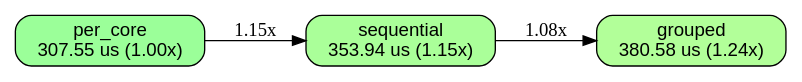
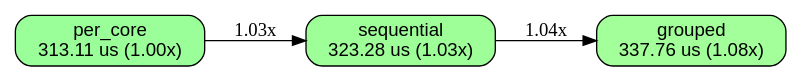
Before and after one commit to orgrinrt/hilavitkutin: the diagram in docs/BENCHES.accumulator_grouped.w1_g64_n65536.linux-x86_64-c4-container-intel.dot, drawn with Graphviz. The commit also changed 36 other files, not shown here.

```diff
--- a/docs/BENCHES.accumulator_grouped.w1_g64_n65536.linux-x86_64-c4-container-intel.dot
+++ b/docs/BENCHES.accumulator_grouped.w1_g64_n65536.linux-x86_64-c4-container-intel.dot
@@ -1,16 +1,16 @@
 // AUTO-GENERATED: DO NOT EDIT DIRECTLY
 //
 // Generated by: mockspace (mock)
-// Generated at: 2026-11-19T21:47:03Z
+// Generated at: 2026-11-19T22:15:46Z
 // Source: mock/
 // To regenerate: cargo mock
 
 digraph "accumulator_grouped/w1_g64_n65536 on linux-x86_64-c4-container-intel" {
   rankdir=LR;
   node [shape=box, style="rounded,filled", fontname="Helvetica"];
-  v0 [label="per_core\n307.55 us (1.00x)", fillcolor="0.330 0.4 1.0"];
-  v1 [label="sequential\n353.94 us (1.15x)", fillcolor="0.305 0.4 1.0"];
-  v2 [label="grouped\n380.58 us (1.24x)", fillcolor="0.291 0.4 1.0"];
-  v0 -> v1 [label="1.15x"];
-  v1 -> v2 [label="1.08x"];
+  v0 [label="per_core\n313.11 us (1.00x)", fillcolor="0.330 0.4 1.0"];
+  v1 [label="sequential\n323.28 us (1.03x)", fillcolor="0.325 0.4 1.0"];
+  v2 [label="grouped\n337.76 us (1.08x)", fillcolor="0.317 0.4 1.0"];
+  v0 -> v1 [label="1.03x"];
+  v1 -> v2 [label="1.04x"];
 }
```
